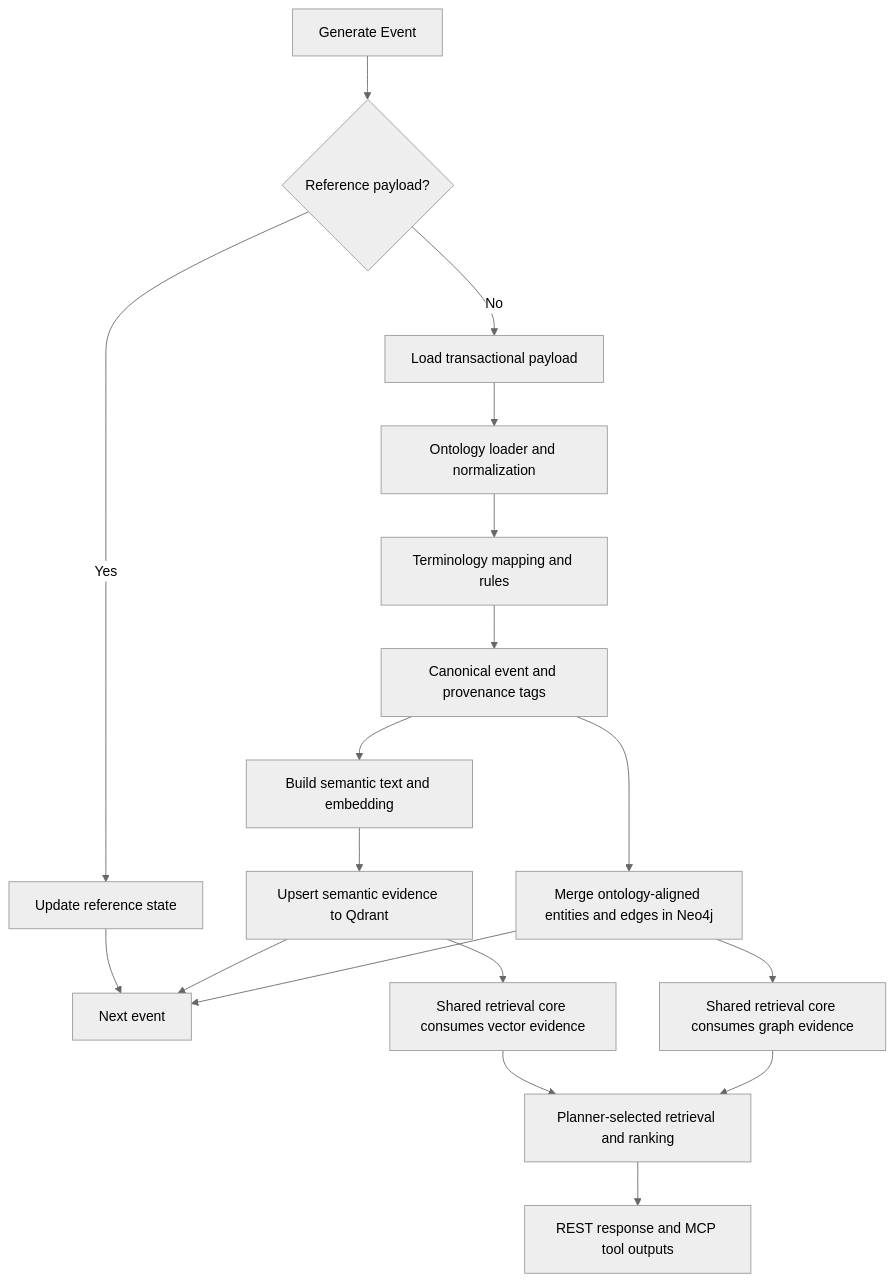
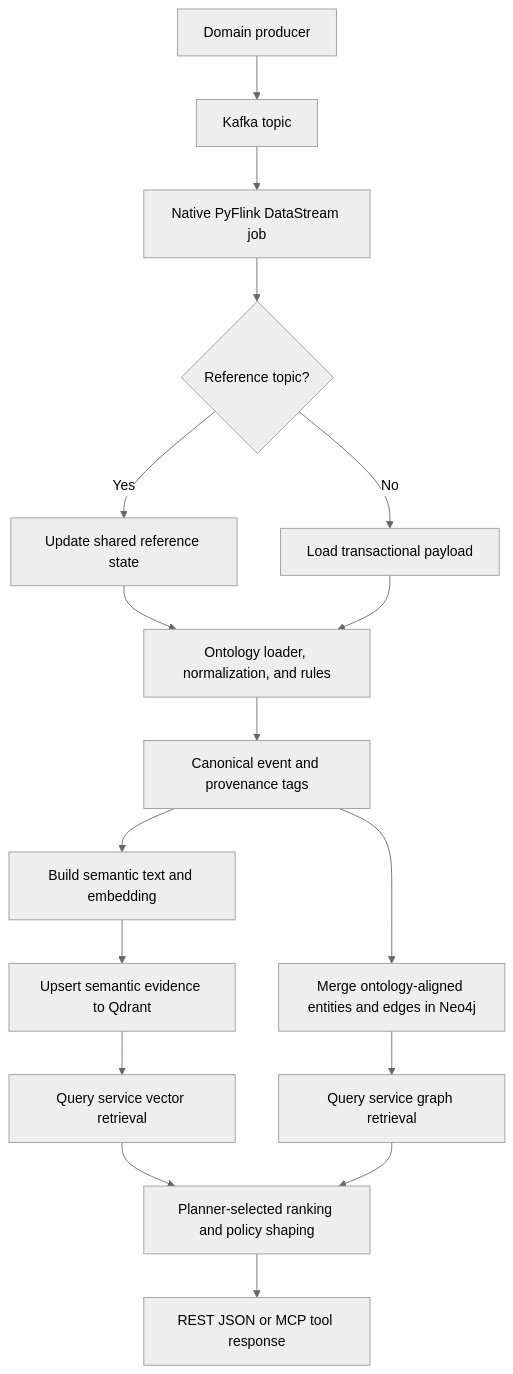
Before and after one commit to wchen-dea/Agentic-AI-Healthcare-GraphRAG: the third of 4 diagrams in docs/02_architecture.md, drawn with Mermaid (neutral theme). The commit also changed other lines of this file and 2 other files, not shown here.

````diff
--- a/docs/02_architecture.md
+++ b/docs/02_architecture.md
@@ -363,20 +369,19 @@
 ```mermaid
 flowchart TD
-  A[Generate Event] --> B{Reference payload?}
-  B -->|Yes| C[Update reference state]
-  B -->|No| D[Load transactional payload]
-  C --> E[Next event]
-  D --> F[Ontology loader and normalization]
-  F --> G[Terminology mapping and rules]
+  A[Domain producer] --> B[Kafka topic]
+  B --> C[Native PyFlink DataStream job]
+  C --> D{Reference topic?}
+  D -->|Yes| E[Update shared reference state]
+  D -->|No| F[Load transactional payload]
+  E --> G[Ontology loader, normalization, and rules]
+  F --> G
   G --> H[Canonical event and provenance tags]
   H --> I[Build semantic text and embedding]
   I --> J[Upsert semantic evidence to Qdrant]
   H --> K[Merge ontology-aligned entities and edges in Neo4j]
-  J --> L[Shared retrieval core consumes vector evidence]
-  K --> M[Shared retrieval core consumes graph evidence]
-  L --> N[Planner-selected retrieval and ranking]
+  J --> L[Query service vector retrieval]
+  K --> M[Query service graph retrieval]
+  L --> N[Planner-selected ranking and policy shaping]
   M --> N
-  N --> O[REST response and MCP tool outputs]
-  J --> E
-  K --> E
+  N --> O[REST JSON or MCP tool response]
 ```
````
